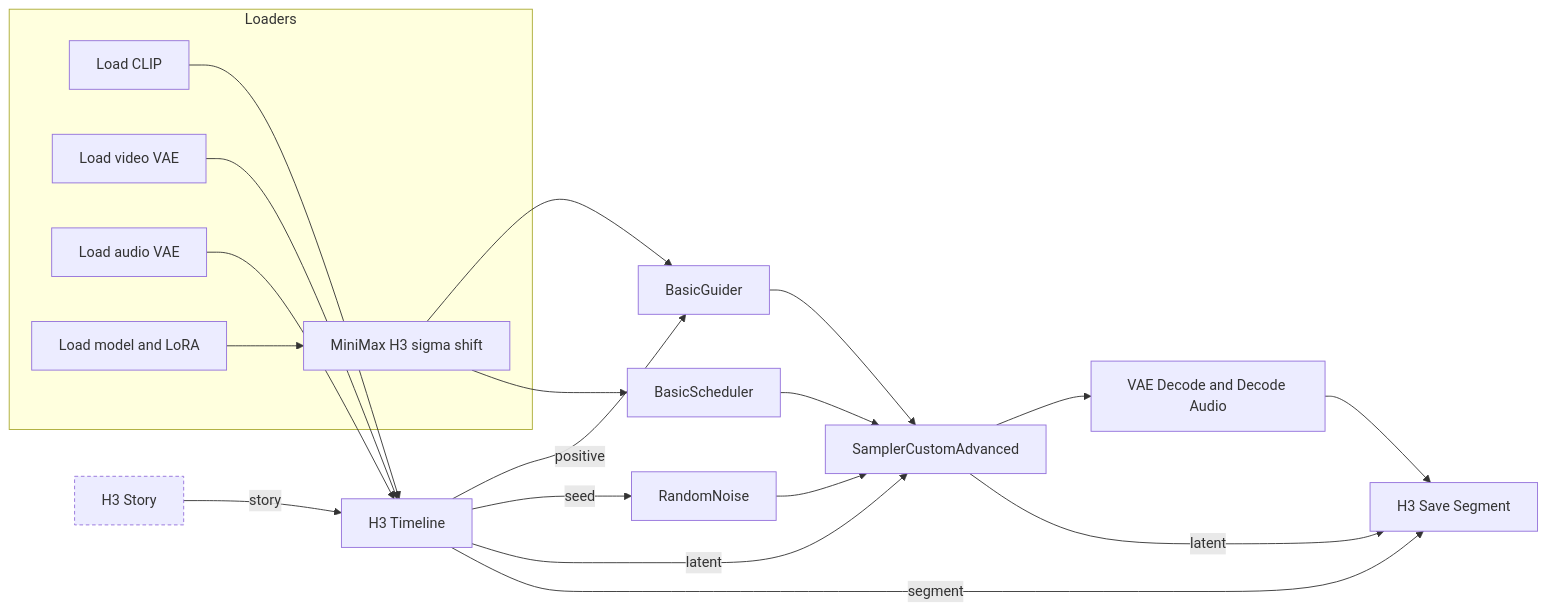
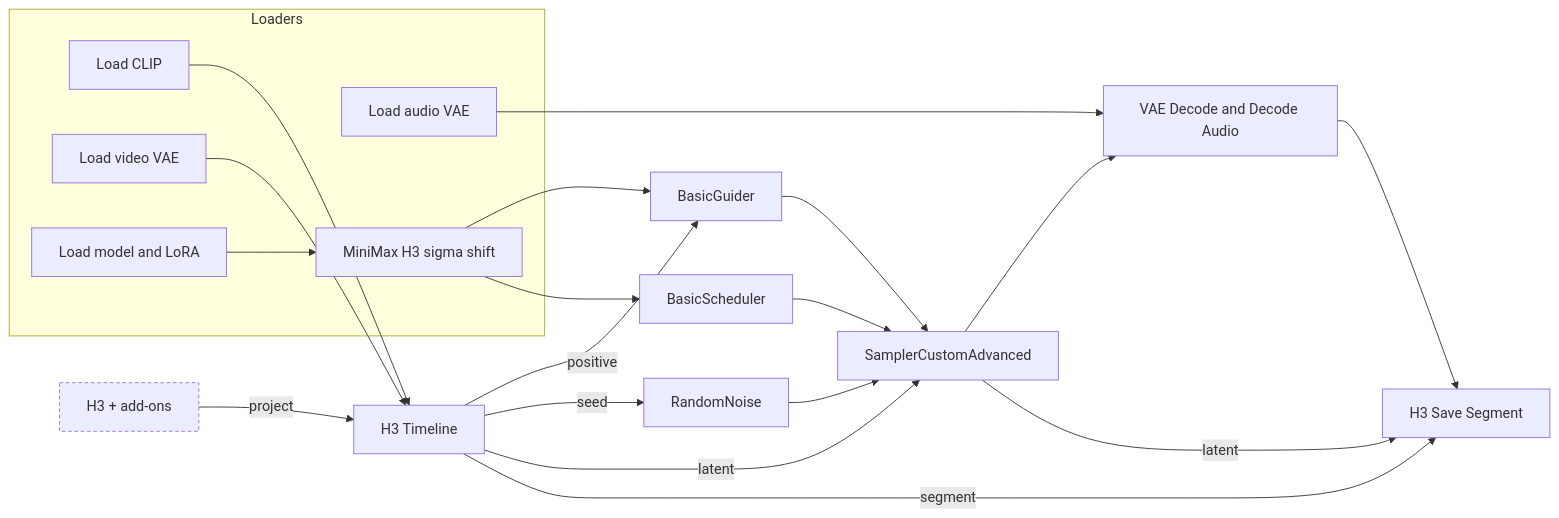
Before and after one commit to DerKodex-Repo-Curator/ComfyUI-H3-Continuity-Studio: the diagram in guide/getting-started/first-sequence.md, drawn with Mermaid. The commit also changed other lines of this file and 8 other files, not shown here.

````diff
--- a/guide/getting-started/first-sequence.md
+++ b/guide/getting-started/first-sequence.md
@@ -18,26 +47,26 @@
 ```mermaid
 flowchart LR
     subgraph loaders [Loaders]
         CLIP[Load CLIP]
         VAE[Load video VAE]
         AVAE[Load audio VAE]
         MODEL[Load model and LoRA] --> SIGMA[MiniMax H3 sigma shift]
     end
-    STORY[H3 Story]:::opt -- story --> TL[H3 Timeline]
+    ADD[H3 + add-ons]:::opt -- project --> TL[H3 Timeline]
     CLIP --> TL
     VAE --> TL
-    AVAE --> TL
     TL -- positive --> GUIDER[BasicGuider]
     TL -- seed --> NOISE[RandomNoise]
     TL -- latent --> SAMPLER[SamplerCustomAdvanced]
     SIGMA --> GUIDER
     SIGMA --> SCHED[BasicScheduler]
     GUIDER --> SAMPLER
     NOISE --> SAMPLER
     SCHED --> SAMPLER
     SAMPLER --> DEC[VAE Decode and Decode Audio]
+    AVAE --> DEC
     DEC --> SAVE[H3 Save Segment]
     SAMPLER -- latent --> SAVE
     TL -- segment --> SAVE
     classDef opt stroke-dasharray: 4 3;
 ```
````
